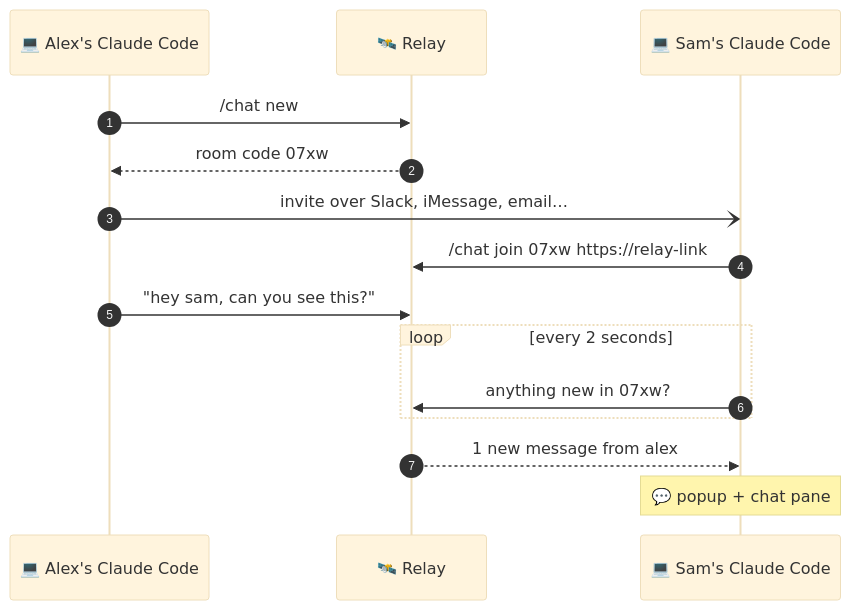
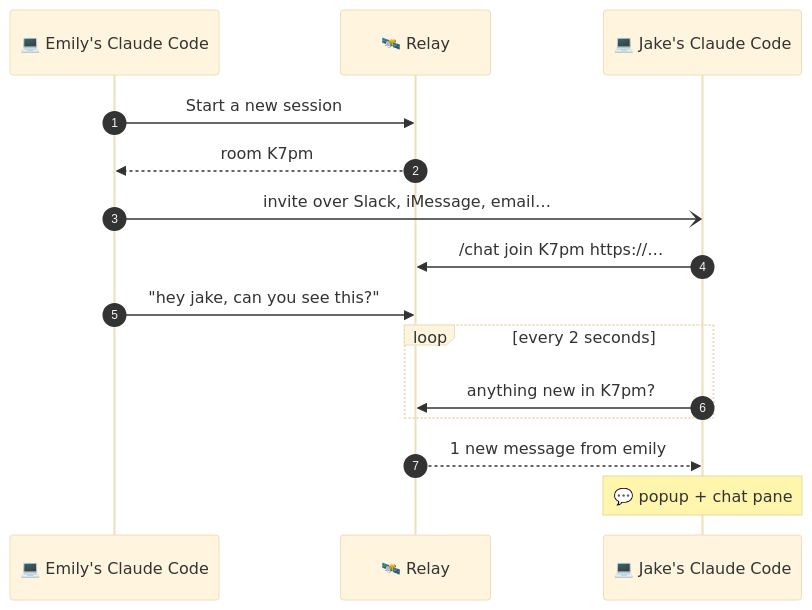
The second of 2 diagrams in README.md (lovieco/claude-team-chat), drawn with Mermaid (base theme) before and after one commit. The commit also changed other lines of this file and 7 other files, not shown here.

````diff
--- a/README.md
+++ b/README.md
@@ -90,17 +121,17 @@
 ```mermaid
 sequenceDiagram
     autonumber
-    participant S as 💻 Alex's Claude Code
+    participant E as 💻 Emily's Claude Code
     participant R as 🛰️ Relay
-    participant C as 💻 Sam's Claude Code
-    S->>R: /chat new
-    R-->>S: room code 07xw
-    S-)C: invite over Slack, iMessage, email…
-    C->>R: /chat join 07xw https://relay-link
-    S->>R: "hey sam, can you see this?"
+    participant J as 💻 Jake's Claude Code
+    E->>R: Start a new session
+    R-->>E: room K7pm
+    E-)J: invite over Slack, iMessage, email…
+    J->>R: /chat join K7pm https://…
+    E->>R: "hey jake, can you see this?"
     loop every 2 seconds
-        C->>R: anything new in 07xw?
+        J->>R: anything new in K7pm?
     end
-    R-->>C: 1 new message from alex
-    Note over C: 💬 popup + chat pane
+    R-->>J: 1 new message from emily
+    Note over J: 💬 popup + chat pane
 ```
````
